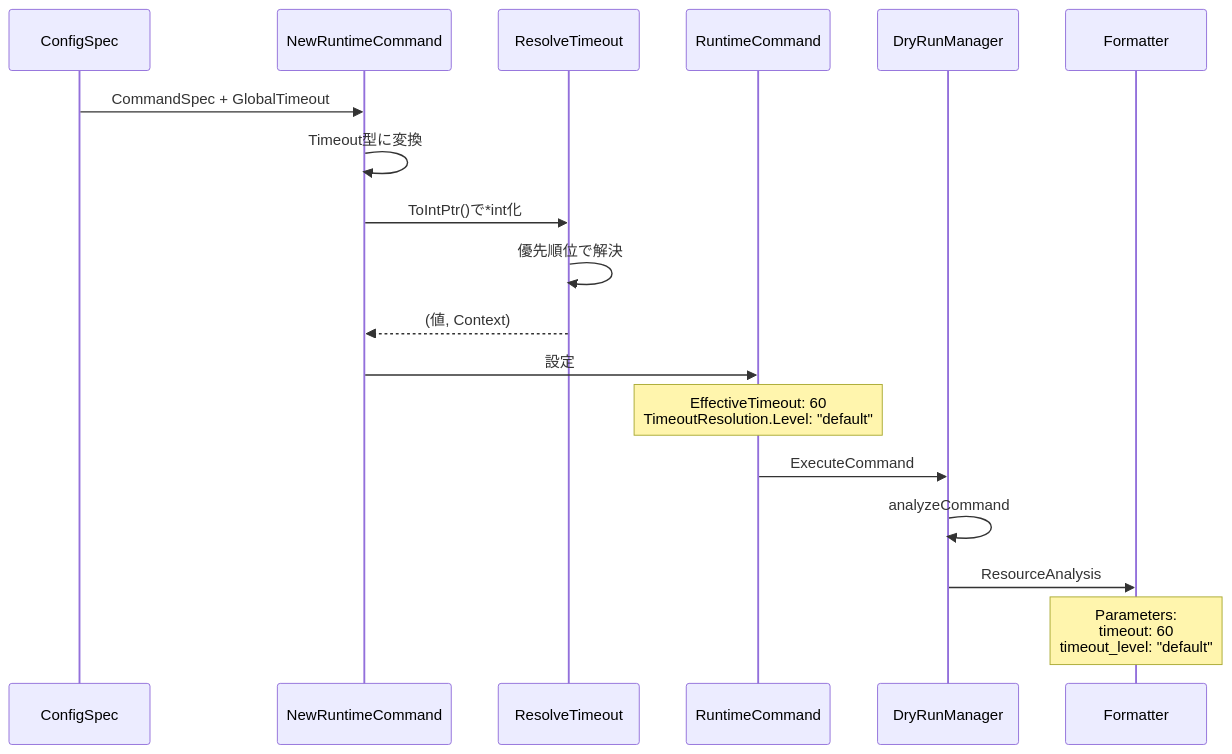
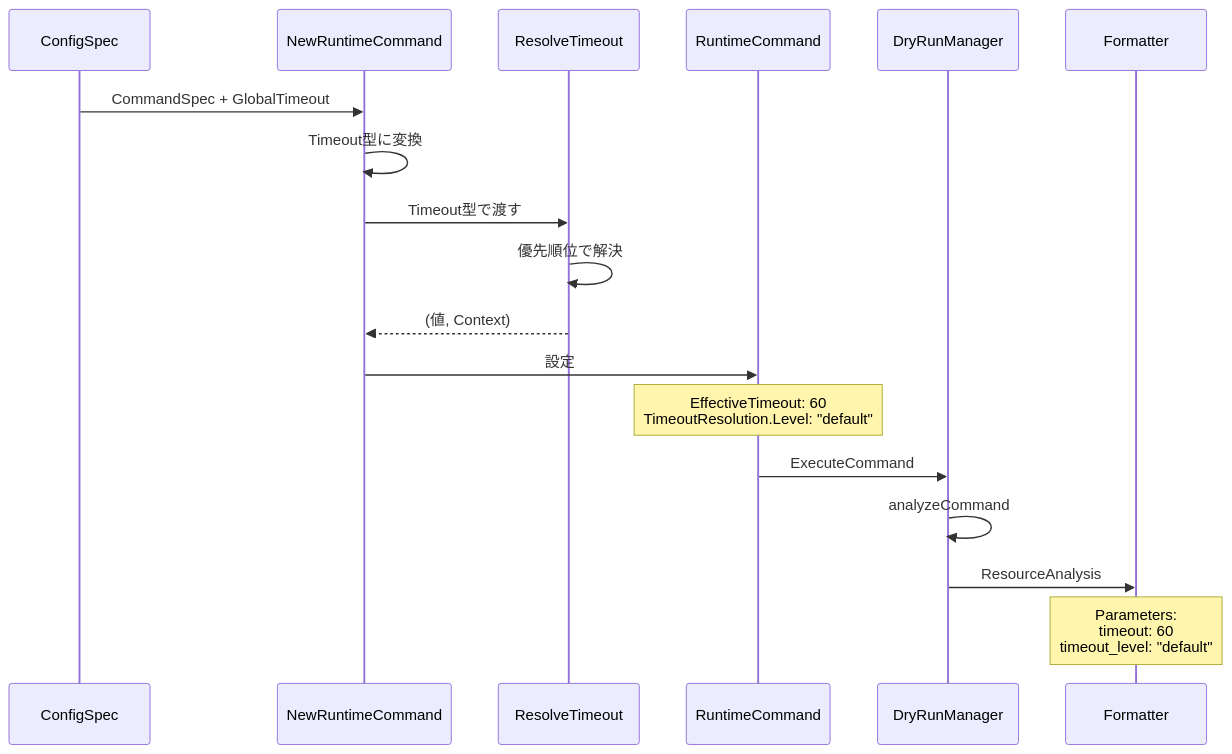
One commit to isseis/go-safe-cmd-runner changed the second of 3 diagrams in docs/tasks/0047_timeout_resolution_context_enhancement/02_architecture.md. Above: the diagram before and after it, drawn with Mermaid. The commit also changed other lines of this file, not shown here.

First line of the commit message:
docs: enhance timeout resolution architecture and prefer Timeout type

````diff
--- a/docs/tasks/0047_timeout_resolution_context_enhancement/02_architecture.md
+++ b/docs/tasks/0047_timeout_resolution_context_enhancement/02_architecture.md
@@ -84,24 +82,24 @@
 ```mermaid
 sequenceDiagram
     participant Config as ConfigSpec
     participant New as NewRuntimeCommand
     participant Resolve as ResolveTimeout
     participant Runtime as RuntimeCommand
     participant DryRun as DryRunManager
     participant Output as Formatter
 
     Config->>New: CommandSpec + GlobalTimeout
     New->>New: Timeout型に変換
-    New->>Resolve: ToIntPtr()で*int化
+    New->>Resolve: Timeout型で渡す
     Resolve->>Resolve: 優先順位で解決
     Resolve-->>New: (値, Context)
     New->>Runtime: 設定
 
     Note over Runtime: EffectiveTimeout: 60<br/>TimeoutResolution.Level: "default"
 
     Runtime->>DryRun: ExecuteCommand
     DryRun->>DryRun: analyzeCommand
     DryRun->>Output: ResourceAnalysis
 
     Note over Output: Parameters:<br/>  timeout: 60<br/>  timeout_level: "default"
 ```
````
